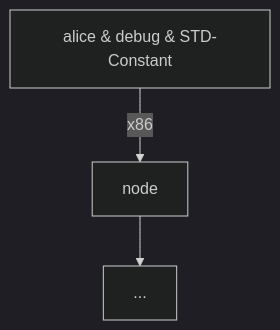
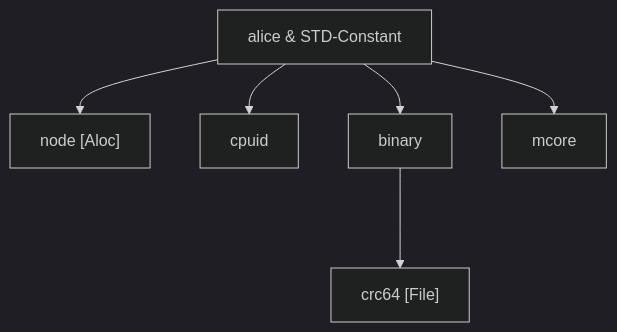
The diagram in doc/DEPEND.md (ArinaMgk/unisym), drawn with Mermaid (dark theme) before and after one commit. The commit also changed other lines of this file and 76 other files, not shown here.

````diff
--- a/doc/DEPEND.md
+++ b/doc/DEPEND.md
@@ -5,5 +7,8 @@
 ```mermaid
 graph TB
 	%% CPL
-	root[alice & debug & STD-Constant]--"x86"-->node[node]-->C[...];
+	root[alice & STD-Constant]-->node["node [Aloc]"]
+	root-->cpuid[cpuid]
+	root-->binary[binary]--->hash_crc64["crc64 [File]"]
+	root-->mcore
 ```
````
